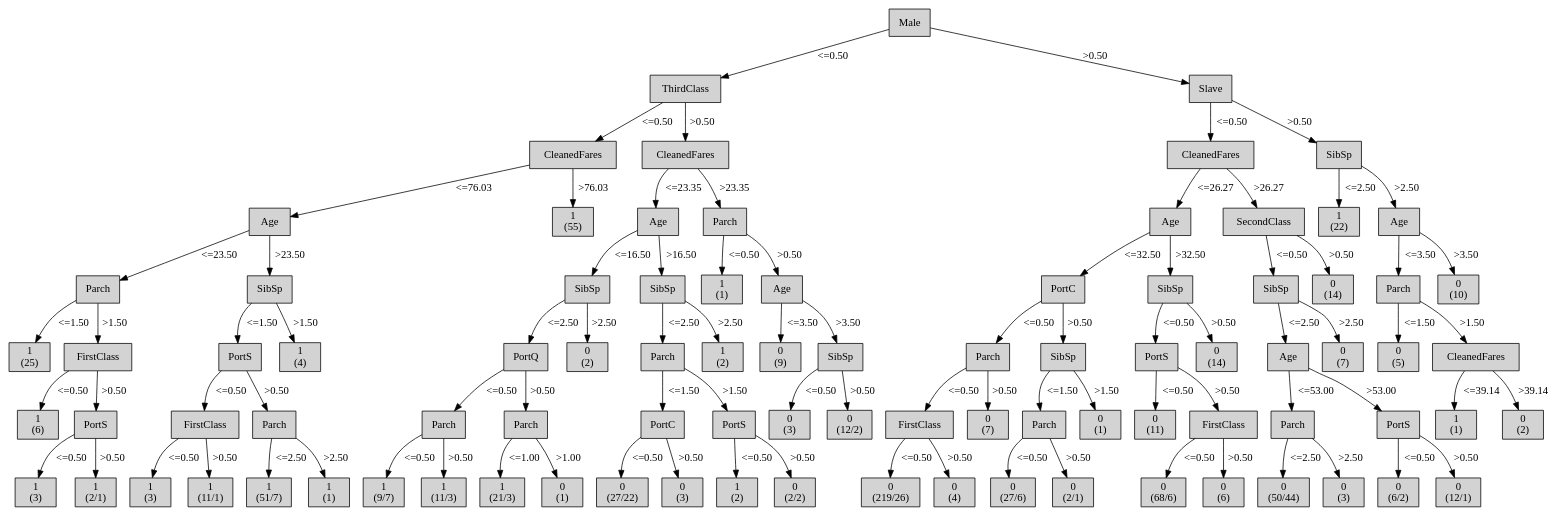
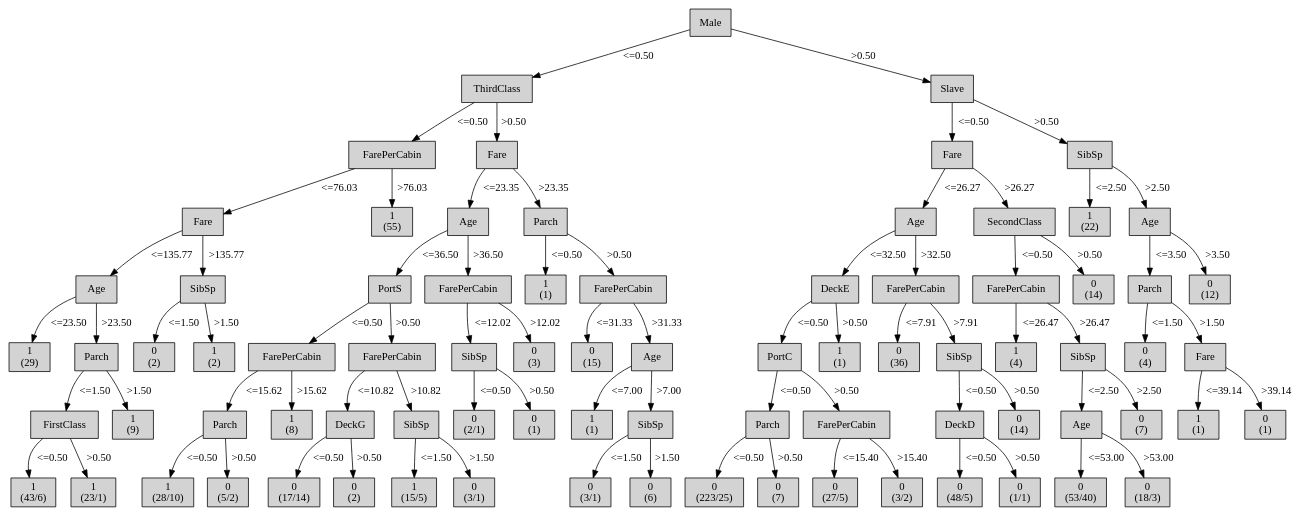
One commit to mklb/BI-Python3 changed the diagram in output/tree-generator-7/tree.dot. Above: the diagram before and after it, drawn with Graphviz. The commit also changed 13 other files, not shown here.

```diff
--- a/output/tree-generator-7/tree.dot
+++ b/output/tree-generator-7/tree.dot
@@ -4,318 +4,290 @@
 "1" [shape=box, style=filled, label="ThirdClass
 ", weight=2]
 0 -> 1 [ label = "<=0.50"];
-"2" [shape=box, style=filled, label="CleanedFares
+"2" [shape=box, style=filled, label="FarePerCabin
 ", weight=3]
 1 -> 2 [ label = "<=0.50"];
-"3" [shape=box, style=filled, label="Age
+"3" [shape=box, style=filled, label="Fare
 ", weight=4]
 2 -> 3 [ label = "<=76.03"];
-"4" [shape=box, style=filled, label="Parch
+"4" [shape=box, style=filled, label="Age
 ", weight=5]
-3 -> 4 [ label = "<=23.50"];
+3 -> 4 [ label = "<=135.77"];
 "5" [shape=box, style=filled, label="1
-(25)
+(29)
 ", weight=6]
-4 -> 5 [ label = "<=1.50"];
-"6" [shape=box, style=filled, label="FirstClass
+4 -> 5 [ label = "<=23.50"];
+"6" [shape=box, style=filled, label="Parch
 ", weight=6]
-4 -> 6 [ label = ">1.50"];
-"7" [shape=box, style=filled, label="1
-(6)
+4 -> 6 [ label = ">23.50"];
+"7" [shape=box, style=filled, label="FirstClass
 ", weight=7]
-6 -> 7 [ label = "<=0.50"];
-"8" [shape=box, style=filled, label="PortS
+6 -> 7 [ label = "<=1.50"];
+"8" [shape=box, style=filled, label="1
+(43/6)
+", weight=8]
+7 -> 8 [ label = "<=0.50"];
+"9" [shape=box, style=filled, label="1
+(23/1)
+", weight=8]
+7 -> 9 [ label = ">0.50"];
+"10" [shape=box, style=filled, label="1
+(9)
 ", weight=7]
-6 -> 8 [ label = ">0.50"];
-"9" [shape=box, style=filled, label="1
-(3)
-", weight=8]
-8 -> 9 [ label = "<=0.50"];
-"10" [shape=box, style=filled, label="1
-(2/1)
-", weight=8]
-8 -> 10 [ label = ">0.50"];
+6 -> 10 [ label = ">1.50"];
 "11" [shape=box, style=filled, label="SibSp
 ", weight=5]
-3 -> 11 [ label = ">23.50"];
-"12" [shape=box, style=filled, label="PortS
+3 -> 11 [ label = ">135.77"];
+"12" [shape=box, style=filled, label="0
+(2)
 ", weight=6]
 11 -> 12 [ label = "<=1.50"];
-"13" [shape=box, style=filled, label="FirstClass
+"13" [shape=box, style=filled, label="1
+(2)
+", weight=6]
+11 -> 13 [ label = ">1.50"];
+"14" [shape=box, style=filled, label="1
+(55)
+", weight=4]
+2 -> 14 [ label = ">76.03"];
+"15" [shape=box, style=filled, label="Fare
+", weight=3]
+1 -> 15 [ label = ">0.50"];
+"16" [shape=box, style=filled, label="Age
+", weight=4]
+15 -> 16 [ label = "<=23.35"];
+"17" [shape=box, style=filled, label="PortS
+", weight=5]
+16 -> 17 [ label = "<=36.50"];
+"18" [shape=box, style=filled, label="FarePerCabin
+", weight=6]
+17 -> 18 [ label = "<=0.50"];
+"19" [shape=box, style=filled, label="Parch
 ", weight=7]
-12 -> 13 [ label = "<=0.50"];
-"14" [shape=box, style=filled, label="1
+18 -> 19 [ label = "<=15.62"];
+"20" [shape=box, style=filled, label="1
+(28/10)
+", weight=8]
+19 -> 20 [ label = "<=0.50"];
+"21" [shape=box, style=filled, label="0
+(5/2)
+", weight=8]
+19 -> 21 [ label = ">0.50"];
+"22" [shape=box, style=filled, label="1
+(8)
+", weight=7]
+18 -> 22 [ label = ">15.62"];
+"23" [shape=box, style=filled, label="FarePerCabin
+", weight=6]
+17 -> 23 [ label = ">0.50"];
+"24" [shape=box, style=filled, label="DeckG
+", weight=7]
+23 -> 24 [ label = "<=10.82"];
+"25" [shape=box, style=filled, label="0
+(17/14)
+", weight=8]
+24 -> 25 [ label = "<=0.50"];
+"26" [shape=box, style=filled, label="0
+(2)
+", weight=8]
+24 -> 26 [ label = ">0.50"];
+"27" [shape=box, style=filled, label="SibSp
+", weight=7]
+23 -> 27 [ label = ">10.82"];
+"28" [shape=box, style=filled, label="1
+(15/5)
+", weight=8]
+27 -> 28 [ label = "<=1.50"];
+"29" [shape=box, style=filled, label="0
+(3/1)
+", weight=8]
+27 -> 29 [ label = ">1.50"];
+"30" [shape=box, style=filled, label="FarePerCabin
+", weight=5]
+16 -> 30 [ label = ">36.50"];
+"31" [shape=box, style=filled, label="SibSp
+", weight=6]
+30 -> 31 [ label = "<=12.02"];
+"32" [shape=box, style=filled, label="0
+(2/1)
+", weight=7]
+31 -> 32 [ label = "<=0.50"];
+"33" [shape=box, style=filled, label="0
+(1)
+", weight=7]
+31 -> 33 [ label = ">0.50"];
+"34" [shape=box, style=filled, label="0
 (3)
+", weight=6]
+30 -> 34 [ label = ">12.02"];
+"35" [shape=box, style=filled, label="Parch
+", weight=4]
+15 -> 35 [ label = ">23.35"];
+"36" [shape=box, style=filled, label="1
+(1)
+", weight=5]
+35 -> 36 [ label = "<=0.50"];
+"37" [shape=box, style=filled, label="FarePerCabin
+", weight=5]
+35 -> 37 [ label = ">0.50"];
+"38" [shape=box, style=filled, label="0
+(15)
+", weight=6]
+37 -> 38 [ label = "<=31.33"];
+"39" [shape=box, style=filled, label="Age
+", weight=6]
+37 -> 39 [ label = ">31.33"];
+"40" [shape=box, style=filled, label="1
+(1)
+", weight=7]
+39 -> 40 [ label = "<=7.00"];
+"41" [shape=box, style=filled, label="SibSp
+", weight=7]
+39 -> 41 [ label = ">7.00"];
+"42" [shape=box, style=filled, label="0
+(3/1)
 ", weight=8]
-13 -> 14 [ label = "<=0.50"];
-"15" [shape=box, style=filled, label="1
-(11/1)
+41 -> 42 [ label = "<=1.50"];
+"43" [shape=box, style=filled, label="0
+(6)
 ", weight=8]
-13 -> 15 [ label = ">0.50"];
-"16" [shape=box, style=filled, label="Parch
+41 -> 43 [ label = ">1.50"];
+"44" [shape=box, style=filled, label="Slave
+", weight=2]
+0 -> 44 [ label = ">0.50"];
+"45" [shape=box, style=filled, label="Fare
+", weight=3]
+44 -> 45 [ label = "<=0.50"];
+"46" [shape=box, style=filled, label="Age
+", weight=4]
+45 -> 46 [ label = "<=26.27"];
+"47" [shape=box, style=filled, label="DeckE
+", weight=5]
+46 -> 47 [ label = "<=32.50"];
+"48" [shape=box, style=filled, label="PortC
+", weight=6]
+47 -> 48 [ label = "<=0.50"];
+"49" [shape=box, style=filled, label="Parch
 ", weight=7]
-12 -> 16 [ label = ">0.50"];
-"17" [shape=box, style=filled, label="1
-(51/7)
+48 -> 49 [ label = "<=0.50"];
+"50" [shape=box, style=filled, label="0
+(223/25)
 ", weight=8]
-16 -> 17 [ label = "<=2.50"];
-"18" [shape=box, style=filled, label="1
+49 -> 50 [ label = "<=0.50"];
+"51" [shape=box, style=filled, label="0
+(7)
+", weight=8]
+49 -> 51 [ label = ">0.50"];
+"52" [shape=box, style=filled, label="FarePerCabin
+", weight=7]
+48 -> 52 [ label = ">0.50"];
+"53" [shape=box, style=filled, label="0
+(27/5)
+", weight=8]
+52 -> 53 [ label = "<=15.40"];
+"54" [shape=box, style=filled, label="0
+(3/2)
+", weight=8]
+52 -> 54 [ label = ">15.40"];
+"55" [shape=box, style=filled, label="1
 (1)
+", weight=6]
+47 -> 55 [ label = ">0.50"];
+"56" [shape=box, style=filled, label="FarePerCabin
+", weight=5]
+46 -> 56 [ label = ">32.50"];
+"57" [shape=box, style=filled, label="0
+(36)
+", weight=6]
+56 -> 57 [ label = "<=7.91"];
+"58" [shape=box, style=filled, label="SibSp
+", weight=6]
+56 -> 58 [ label = ">7.91"];
+"59" [shape=box, style=filled, label="DeckD
+", weight=7]
+58 -> 59 [ label = "<=0.50"];
+"60" [shape=box, style=filled, label="0
+(48/5)
 ", weight=8]
-16 -> 18 [ label = ">2.50"];
-"19" [shape=box, style=filled, label="1
+59 -> 60 [ label = "<=0.50"];
+"61" [shape=box, style=filled, label="0
+(1/1)
+", weight=8]
+59 -> 61 [ label = ">0.50"];
+"62" [shape=box, style=filled, label="0
+(14)
+", weight=7]
+58 -> 62 [ label = ">0.50"];
+"63" [shape=box, style=filled, label="SecondClass
+", weight=4]
+45 -> 63 [ label = ">26.27"];
+"64" [shape=box, style=filled, label="FarePerCabin
+", weight=5]
+63 -> 64 [ label = "<=0.50"];
+"65" [shape=box, style=filled, label="1
 (4)
 ", weight=6]
-11 -> 19 [ label = ">1.50"];
-"20" [shape=box, style=filled, label="1
-(55)
-", weight=4]
-2 -> 20 [ label = ">76.03"];
-"21" [shape=box, style=filled, label="CleanedFares
-", weight=3]
-1 -> 21 [ label = ">0.50"];
-"22" [shape=box, style=filled, label="Age
-", weight=4]
-21 -> 22 [ label = "<=23.35"];
-"23" [shape=box, style=filled, label="SibSp
-", weight=5]
-22 -> 23 [ label = "<=16.50"];
-"24" [shape=box, style=filled, label="PortQ
+64 -> 65 [ label = "<=26.47"];
+"66" [shape=box, style=filled, label="SibSp
 ", weight=6]
-23 -> 24 [ label = "<=2.50"];
-"25" [shape=box, style=filled, label="Parch
+64 -> 66 [ label = ">26.47"];
+"67" [shape=box, style=filled, label="Age
 ", weight=7]
-24 -> 25 [ label = "<=0.50"];
-"26" [shape=box, style=filled, label="1
-(9/7)
+66 -> 67 [ label = "<=2.50"];
+"68" [shape=box, style=filled, label="0
+(53/40)
 ", weight=8]
-25 -> 26 [ label = "<=0.50"];
-"27" [shape=box, style=filled, label="1
-(11/3)
+67 -> 68 [ label = "<=53.00"];
+"69" [shape=box, style=filled, label="0
+(18/3)
 ", weight=8]
-25 -> 27 [ label = ">0.50"];
-"28" [shape=box, style=filled, label="Parch
-", weight=7]
-24 -> 28 [ label = ">0.50"];
-"29" [shape=box, style=filled, label="1
-(21/3)
-", weight=8]
-28 -> 29 [ label = "<=1.00"];
-"30" [shape=box, style=filled, label="0
-(1)
-", weight=8]
-28 -> 30 [ label = ">1.00"];
-"31" [shape=box, style=filled, label="0
-(2)
-", weight=6]
-23 -> 31 [ label = ">2.50"];
-"32" [shape=box, style=filled, label="SibSp
-", weight=5]
-22 -> 32 [ label = ">16.50"];
-"33" [shape=box, style=filled, label="Parch
-", weight=6]
-32 -> 33 [ label = "<=2.50"];
-"34" [shape=box, style=filled, label="PortC
-", weight=7]
-33 -> 34 [ label = "<=1.50"];
-"35" [shape=box, style=filled, label="0
-(27/22)
-", weight=8]
-34 -> 35 [ label = "<=0.50"];
-"36" [shape=box, style=filled, label="0
-(3)
-", weight=8]
-34 -> 36 [ label = ">0.50"];
-"37" [shape=box, style=filled, label="PortS
-", weight=7]
-33 -> 37 [ label = ">1.50"];
-"38" [shape=box, style=filled, label="1
-(2)
-", weight=8]
-37 -> 38 [ label = "<=0.50"];
-"39" [shape=box, style=filled, label="0
-(2/2)
-", weight=8]
-37 -> 39 [ label = ">0.50"];
-"40" [shape=box, style=filled, label="1
-(2)
-", weight=6]
-32 -> 40 [ label = ">2.50"];
-"41" [shape=box, style=filled, label="Parch
-", weight=4]
-21 -> 41 [ label = ">23.35"];
-"42" [shape=box, style=filled, label="1
-(1)
-", weight=5]
-41 -> 42 [ label = "<=0.50"];
-"43" [shape=box, style=filled, label="Age
-", weight=5]
-41 -> 43 [ label = ">0.50"];
-"44" [shape=box, style=filled, label="0
-(9)
-", weight=6]
-43 -> 44 [ label = "<=3.50"];
-"45" [shape=box, style=filled, label="SibSp
-", weight=6]
-43 -> 45 [ label = ">3.50"];
-"46" [shape=box, style=filled, label="0
-(3)
-", weight=7]
-45 -> 46 [ label = "<=0.50"];
-"47" [shape=box, style=filled, label="0
-(12/2)
-", weight=7]
-45 -> 47 [ label = ">0.50"];
-"48" [shape=box, style=filled, label="Slave
-", weight=2]
-0 -> 48 [ label = ">0.50"];
-"49" [shape=box, style=filled, label="CleanedFares
-", weight=3]
-48 -> 49 [ label = "<=0.50"];
-"50" [shape=box, style=filled, label="Age
-", weight=4]
-49 -> 50 [ label = "<=26.27"];
-"51" [shape=box, style=filled, label="PortC
-", weight=5]
-50 -> 51 [ label = "<=32.50"];
-"52" [shape=box, style=filled, label="Parch
-", weight=6]
-51 -> 52 [ label = "<=0.50"];
-"53" [shape=box, style=filled, label="FirstClass
-", weight=7]
-52 -> 53 [ label = "<=0.50"];
-"54" [shape=box, style=filled, label="0
-(219/26)
-", weight=8]
-53 -> 54 [ label = "<=0.50"];
-"55" [shape=box, style=filled, label="0
-(4)
-", weight=8]
-53 -> 55 [ label = ">0.50"];
-"56" [shape=box, style=filled, label="0
+67 -> 69 [ label = ">53.00"];
+"70" [shape=box, style=filled, label="0
 (7)
 ", weight=7]
-52 -> 56 [ label = ">0.50"];
-"57" [shape=box, style=filled, label="SibSp
+66 -> 70 [ label = ">2.50"];
+"71" [shape=box, style=filled, label="0
+(14)
+", weight=5]
+63 -> 71 [ label = ">0.50"];
+"72" [shape=box, style=filled, label="SibSp
+", weight=3]
+44 -> 72 [ label = ">0.50"];
+"73" [shape=box, style=filled, label="1
+(22)
+", weight=4]
+72 -> 73 [ label = "<=2.50"];
+"74" [shape=box, style=filled, label="Age
+", weight=4]
+72 -> 74 [ label = ">2.50"];
+"75" [shape=box, style=filled, label="Parch
+", weight=5]
+74 -> 75 [ label = "<=3.50"];
+"76" [shape=box, style=filled, label="0
+(4)
 ", weight=6]
-51 -> 57 [ label = ">0.50"];
-"58" [shape=box, style=filled, label="Parch
-", weight=7]
-57 -> 58 [ label = "<=1.50"];
-"59" [shape=box, style=filled, label="0
-(27/6)
-", weight=8]
-58 -> 59 [ label = "<=0.50"];
-"60" [shape=box, style=filled, label="0
-(2/1)
-", weight=8]
-58 -> 60 [ label = ">0.50"];
-"61" [shape=box, style=filled, label="0
+75 -> 76 [ label = "<=1.50"];
+"77" [shape=box, style=filled, label="Fare
+", weight=6]
+75 -> 77 [ label = ">1.50"];
+"78" [shape=box, style=filled, label="1
 (1)
 ", weight=7]
-57 -> 61 [ label = ">1.50"];
-"62" [shape=box, style=filled, label="SibSp
-", weight=5]
-50 -> 62 [ label = ">32.50"];
-"63" [shape=box, style=filled, label="PortS
-", weight=6]
-62 -> 63 [ label = "<=0.50"];
-"64" [shape=box, style=filled, label="0
-(11)
-", weight=7]
-63 -> 64 [ label = "<=0.50"];
-"65" [shape=box, style=filled, label="FirstClass
-", weight=7]
-63 -> 65 [ label = ">0.50"];
-"66" [shape=box, style=filled, label="0
-(68/6)
-", weight=8]
-65 -> 66 [ label = "<=0.50"];
-"67" [shape=box, style=filled, label="0
-(6)
-", weight=8]
-65 -> 67 [ label = ">0.50"];
-"68" [shape=box, style=filled, label="0
-(14)
-", weight=6]
-62 -> 68 [ label = ">0.50"];
-"69" [shape=box, style=filled, label="SecondClass
-", weight=4]
-49 -> 69 [ label = ">26.27"];
-"70" [shape=box, style=filled, label="SibSp
-", weight=5]
-69 -> 70 [ label = "<=0.50"];
-"71" [shape=box, style=filled, label="Age
-", weight=6]
-70 -> 71 [ label = "<=2.50"];
-"72" [shape=box, style=filled, label="Parch
-", weight=7]
-71 -> 72 [ label = "<=53.00"];
-"73" [shape=box, style=filled, label="0
-(50/44)
-", weight=8]
-72 -> 73 [ label = "<=2.50"];
-"74" [shape=box, style=filled, label="0
-(3)
-", weight=8]
-72 -> 74 [ label = ">2.50"];
-"75" [shape=box, style=filled, label="PortS
-", weight=7]
-71 -> 75 [ label = ">53.00"];
-"76" [shape=box, style=filled, label="0
-(6/2)
-", weight=8]
-75 -> 76 [ label = "<=0.50"];
-"77" [shape=box, style=filled, label="0
-(12/1)
-", weight=8]
-75 -> 77 [ label = ">0.50"];
-"78" [shape=box, style=filled, label="0
-(7)
-", weight=6]
-70 -> 78 [ label = ">2.50"];
+77 -> 78 [ label = "<=39.14"];
 "79" [shape=box, style=filled, label="0
-(14)
-", weight=5]
-69 -> 79 [ label = ">0.50"];
-"80" [shape=box, style=filled, label="SibSp
-", weight=3]
-48 -> 80 [ label = ">0.50"];
-"81" [shape=box, style=filled, label="1
-(22)
-", weight=4]
-80 -> 81 [ label = "<=2.50"];
-"82" [shape=box, style=filled, label="Age
-", weight=4]
-80 -> 82 [ label = ">2.50"];
-"83" [shape=box, style=filled, label="Parch
-", weight=5]
-82 -> 83 [ label = "<=3.50"];
-"84" [shape=box, style=filled, label="0
-(5)
-", weight=6]
-83 -> 84 [ label = "<=1.50"];
-"85" [shape=box, style=filled, label="CleanedFares
-", weight=6]
-83 -> 85 [ label = ">1.50"];
-"86" [shape=box, style=filled, label="1
 (1)
 ", weight=7]
-85 -> 86 [ label = "<=39.14"];
-"87" [shape=box, style=filled, label="0
-(2)
-", weight=7]
-85 -> 87 [ label = ">39.14"];
-"88" [shape=box, style=filled, label="0
-(10)
+77 -> 79 [ label = ">39.14"];
+"80" [shape=box, style=filled, label="0
+(12)
 ", weight=5]
-82 -> 88 [ label = ">3.50"];
+74 -> 80 [ label = ">3.50"];
 {rank=same; 0;};
-{rank=same; 1;48;};
-{rank=same; 2;21;49;80;};
-{rank=same; 3;20;22;41;50;69;81;82;};
-{rank=same; 4;11;23;32;42;43;51;62;70;79;83;88;};
-{rank=same; 5;6;12;19;24;31;33;40;44;45;52;57;63;68;71;78;84;85;};
-{rank=same; 7;8;13;16;25;28;34;37;46;47;53;56;58;61;64;65;72;75;86;87;};
-{rank=same; 9;10;14;15;17;18;26;27;29;30;35;36;38;39;54;55;59;60;66;67;73;74;76;77;};
+{rank=same; 1;44;};
+{rank=same; 2;15;45;72;};
+{rank=same; 3;14;16;35;46;63;73;74;};
+{rank=same; 4;11;17;30;36;37;47;56;64;71;75;80;};
+{rank=same; 5;6;12;13;18;23;31;34;38;39;48;55;57;58;65;66;76;77;};
+{rank=same; 7;10;19;22;24;27;32;33;40;41;49;52;59;62;67;70;78;79;};
+{rank=same; 8;9;20;21;25;26;28;29;42;43;50;51;53;54;60;61;68;69;};
 }
```
